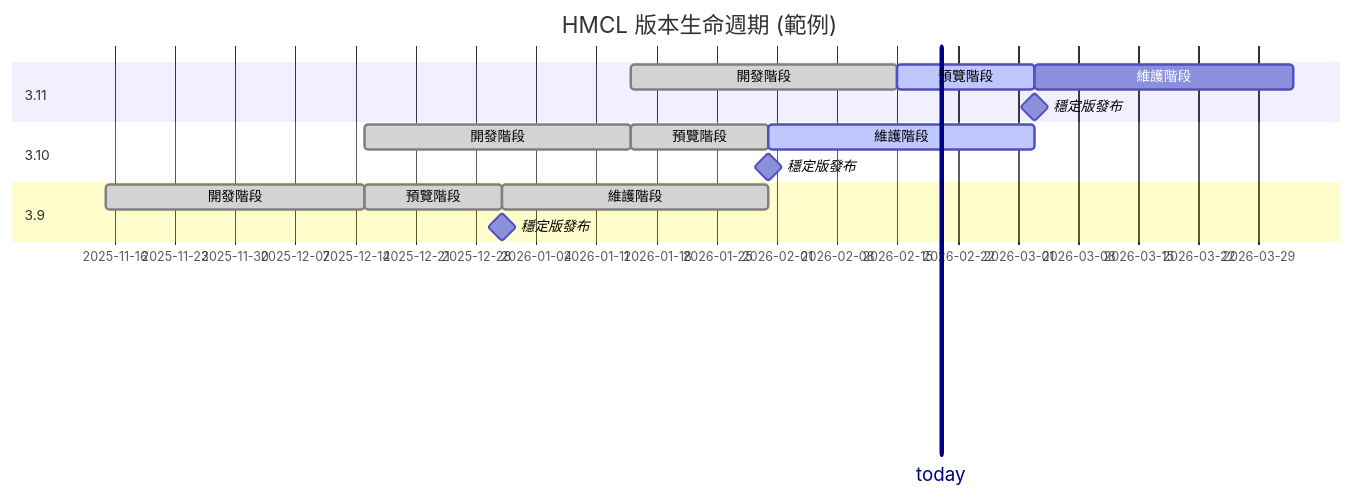
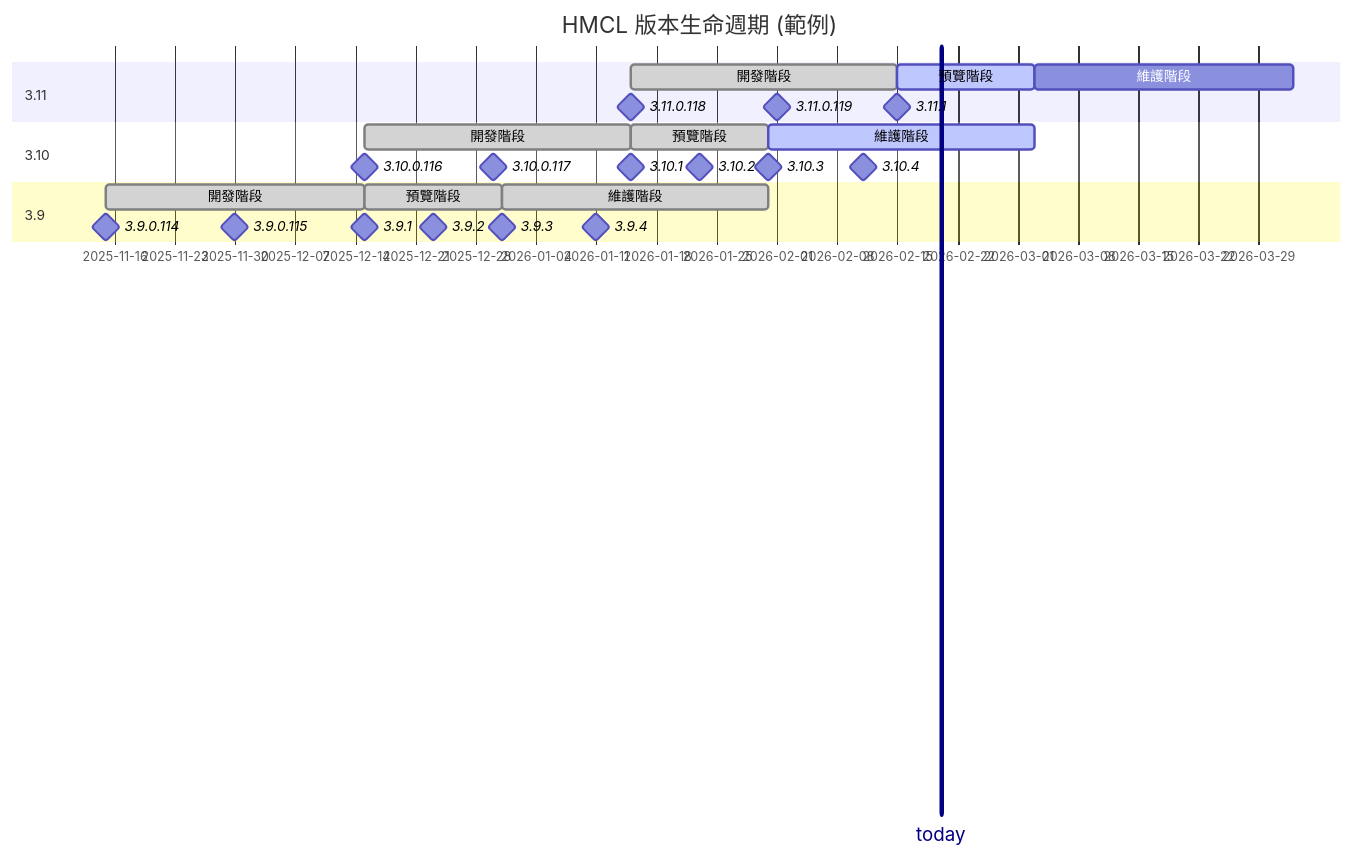
One commit to HMCL-dev/HMCL changed the diagram in docs/ReleaseSchedule_zh_Hant.md. Above: the diagram before and after it, drawn with Mermaid.

````diff
--- a/docs/ReleaseSchedule_zh_Hant.md
+++ b/docs/ReleaseSchedule_zh_Hant.md
@@ -43,23 +43,35 @@
 ```mermaid
 ---
 displayMode: compact
 ---
 gantt
     title HMCL 版本生命週期 (範例)
     section 3.11
         today: vert, 2026-02-20, 0d
         開發階段: done, c1, after b1, 31d
         預覽階段: active, c2, after c1, 16d
         維護階段: c3, after c2, 30d
-        穩定版發布: milestone, after c2, 0d
+        3.11.0.118: milestone, after b1, 0d
+        3.11.0.119: milestone, 2026-02-01, 0d
+        3.11.1: milestone, after c1, 0d
     section 3.10
         開發階段: done, b1, after a1, 31d
         預覽階段: done, b2, after b1, 16d
         維護階段: active, b3, after b2, 31d
-        穩定版發布: milestone, after b2, 0d
+        3.10.0.116: milestone, after a1, 0d
+        3.10.0.117: milestone, 2025-12-30, 0d
+        3.10.1: milestone, after b1, 0d
+        3.10.2: milestone, 2026-01-23, 0d
+        3.10.3: milestone, after b2, 0d
+        3.10.4: milestone, 2026-02-11, 0d
     section 3.9
         開發階段: done, a1, 2025-11-15, 30d
         預覽階段: done, a2, after a1, 16d
         維護階段: done, a3, after a2, 31d
-        穩定版發布: milestone, after a2, 0d
+        3.9.0.114: milestone, 2025-11-15, 0d
+        3.9.0.115: milestone, 2025-11-30, 0d
+        3.9.1: milestone, after a1, 0d
+        3.9.2: milestone, 2025-12-23, 0d
+        3.9.3: milestone, after a2, 0d
+        3.9.4: milestone, 2026-01-11, 0d
 ```
````
